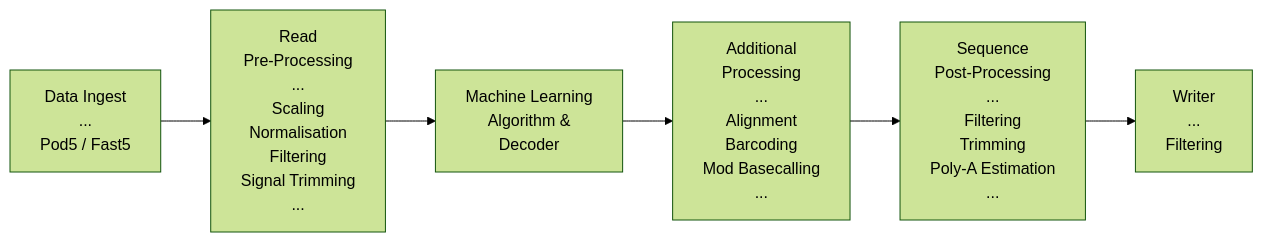
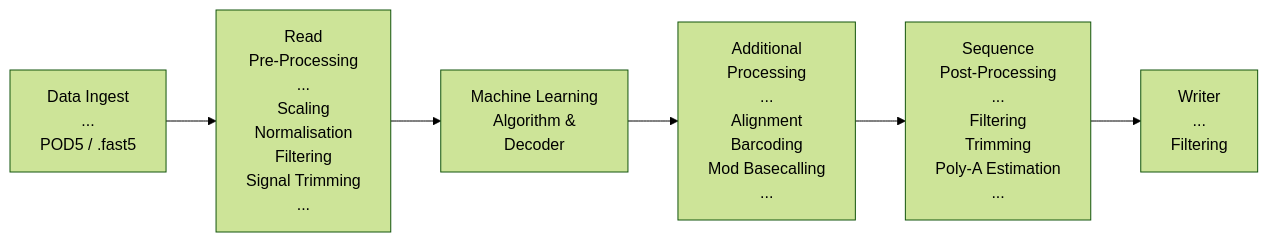
One commit to nanoporetech/dorado-docs changed the first of 2 diagrams in docs/basecaller/basecall_overview.md. Above: the diagram before and after it, drawn with Mermaid (forest theme). The commit also changed other lines of this file and 20 other files, not shown here.

````diff
--- a/docs/basecaller/basecall_overview.md
+++ b/docs/basecaller/basecall_overview.md
@@ -14,36 +16,36 @@
 ``` mermaid
 graph LR
   IN[Data Ingest
   ...
-  Pod5 / Fast5
+  POD5 / .fast5
   ] --> PREP[Read
   Pre-Processing
 ...
   Scaling
   Normalisation
   Filtering
   Signal Trimming
   ...];
   PREP --> ML[Machine Learning
   Algorithm &
   Decoder];
   ML --> EXTRA[Additional
   Processing
   ...
   Alignment
   Barcoding
   Mod Basecalling
   ...]
   EXTRA --> POST[Sequence
   Post-Processing
   ...
   Filtering
   Trimming
   Poly-A Estimation
   ...];
 
   POST --> WRITER[Writer
   ...
   Filtering
   ];
 ```
````
